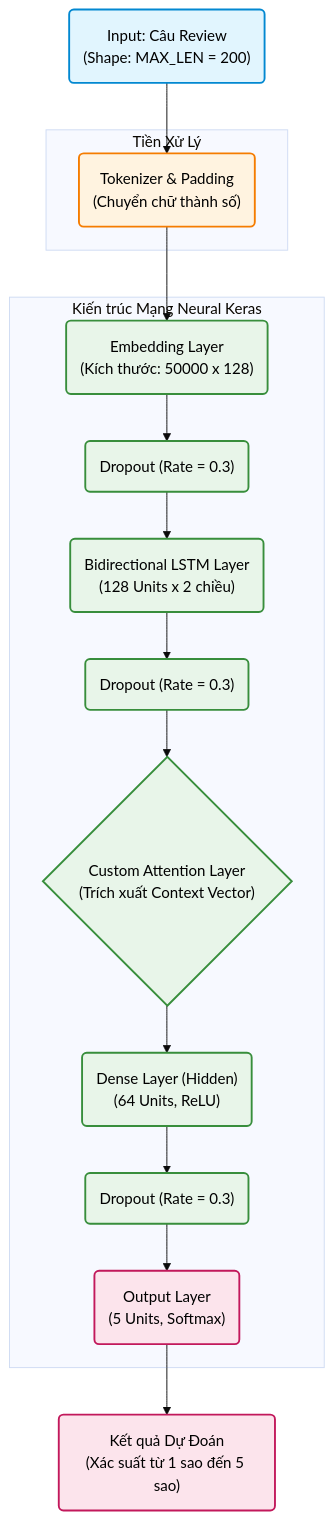
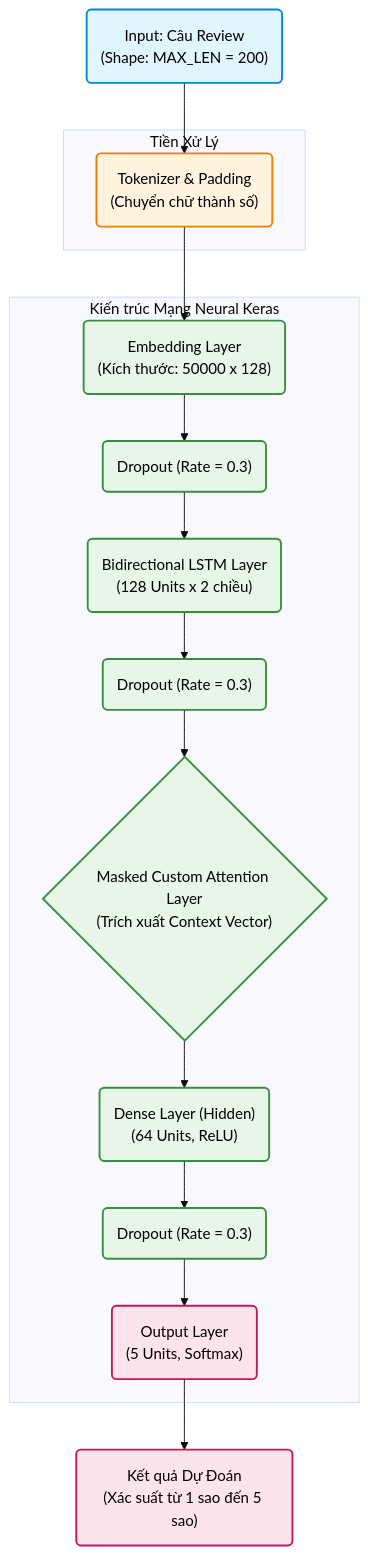
Before and after one commit to nguyenphongg233/BiLSTMnAttention-For-Sentiment-Analysis: the diagram in BiLSTM +  Attention/Architecture.md, drawn with Mermaid (base theme). The commit also changed other lines of this file and 11 other files, not shown here.

Commit message:
fix data leakage and attention on padding (biLSTM), add masking and fix key_dim (transformer), add simpleRNN baseline, preprocessing, split, metrics pipeline for comparison,new code for table and graph generation

````diff
--- a/BiLSTM +  Attention/Architecture.md
+++ b/BiLSTM +  Attention/Architecture.md
@@ -5,50 +5,50 @@
 ```mermaid
 graph TD
     %% Định nghĩa các Style để biểu đồ đẹp hơn
     classDef input fill:#e1f5fe,stroke:#0288d1,stroke-width:2px,color:#000
     classDef processing fill:#fff3e0,stroke:#f57c00,stroke-width:2px,color:#000
     classDef core fill:#e8f5e9,stroke:#388e3c,stroke-width:2px,color:#000
     classDef output fill:#fce4ec,stroke:#c2185b,stroke-width:2px,color:#000
 
     %% Các khối chính
     A("Input: Câu Review <br>(Shape: MAX_LEN = 200)")
     
     subgraph tien_xu_ly [Tiền Xử Lý]
         B("Tokenizer & Padding<br>(Chuyển chữ thành số)")
     end
     
     subgraph neural_network [Kiến trúc Mạng Neural Keras]
         C("Embedding Layer<br>(Kích thước: 50000 x 128)")
         Drop1("Dropout (Rate = 0.3)")
         
         D("Bidirectional LSTM Layer<br>(128 Units x 2 chiều)")
         Drop2("Dropout (Rate = 0.3)")
         
-        E{"Custom Attention Layer<br>(Trích xuất Context Vector)"}
+        E{"Masked Custom Attention Layer<br>(Trích xuất Context Vector)"}
         
         F("Dense Layer (Hidden)<br>(64 Units, ReLU)")
         Drop3("Dropout (Rate = 0.3)")
         
         G("Output Layer<br>(5 Units, Softmax)")
     end
     
     H("Kết quả Dự Đoán<br>(Xác suất từ 1 sao đến 5 sao)")
 
     %% Luồng dữ liệu
     A --> B
     B --> C
     C --> Drop1
     Drop1 --> D
     D --> Drop2
     Drop2 --> E
     E --> F
     F --> Drop3
     Drop3 --> G
     G --> H
 
     %% Gán Style
     class A input
     class B processing
     class C,Drop1,D,Drop2,E,F,Drop3 core
     class G,H output
 ```
````
